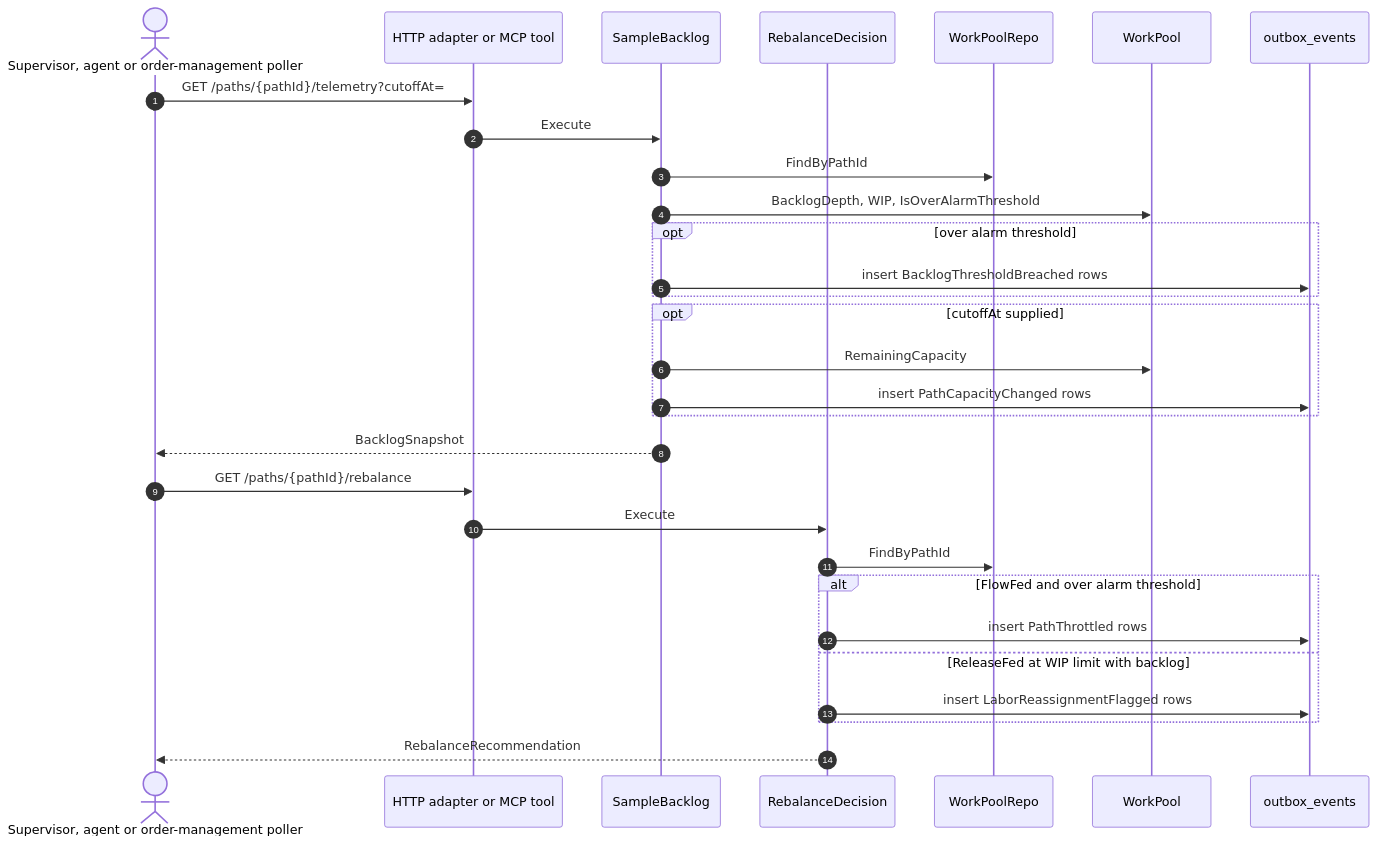
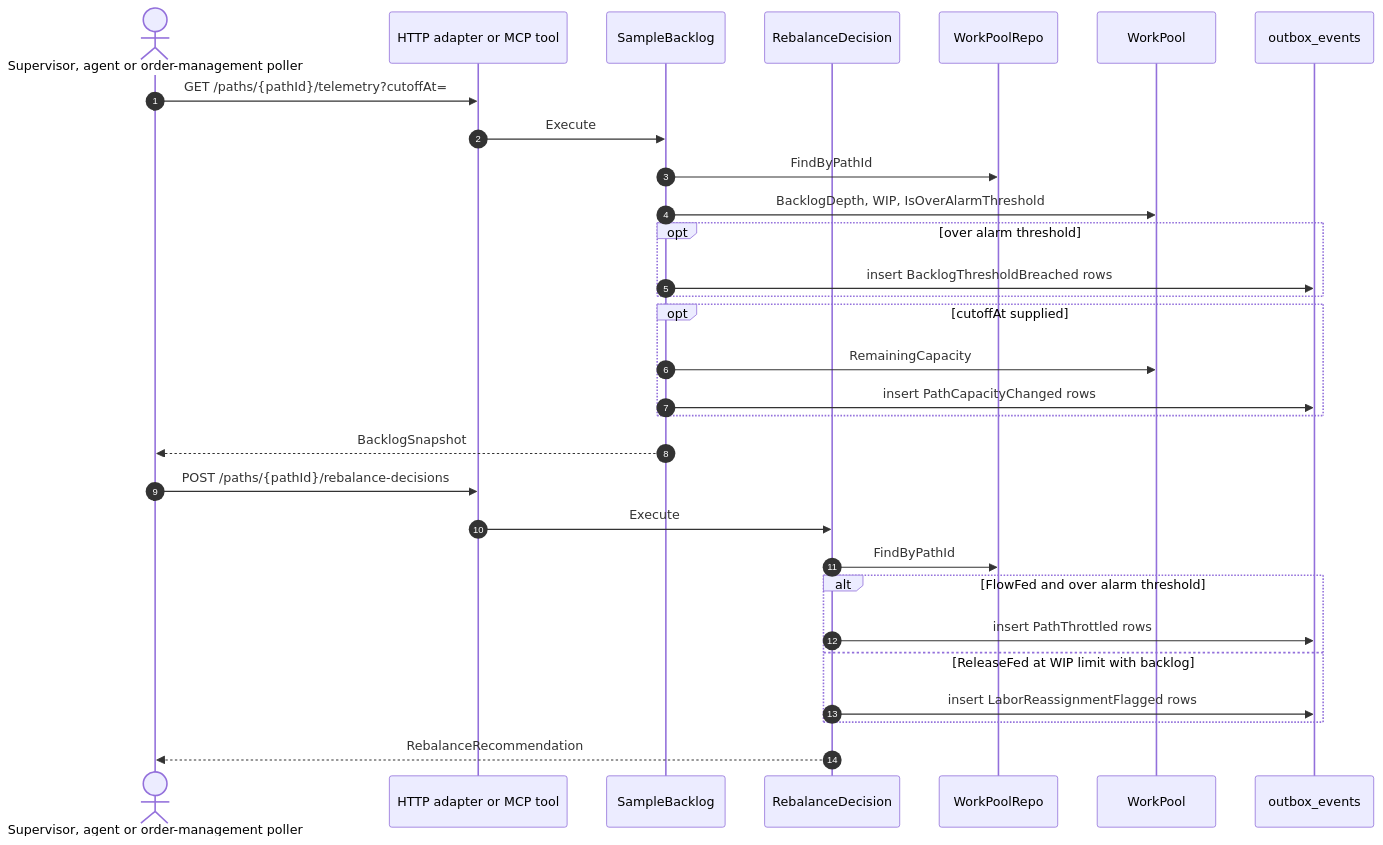
One commit to IQVO/warehouse-docs changed the seventh of 11 diagrams in docs/contexts/wes-work-planning/sequence-diagrams.md. Above: the diagram before and after it, drawn with Mermaid. The commit also changed other lines of this file and 272 other files, not shown here.

````diff
--- a/docs/contexts/wes-work-planning/sequence-diagrams.md
+++ b/docs/contexts/wes-work-planning/sequence-diagrams.md
@@ -334,34 +334,34 @@
 ```mermaid
 sequenceDiagram
     autonumber
     actor Caller as Supervisor, agent or order-management poller
     participant IN as HTTP adapter or MCP tool
     participant SB as SampleBacklog
     participant RD as RebalanceDecision
     participant PoolRepo as WorkPoolRepo
     participant Pool as WorkPool
     participant Outbox as outbox_events
 
     Caller->>IN: GET /paths/{pathId}/telemetry?cutoffAt=
     IN->>SB: Execute
     SB->>PoolRepo: FindByPathId
     SB->>Pool: BacklogDepth, WIP, IsOverAlarmThreshold
     opt over alarm threshold
         SB->>Outbox: insert BacklogThresholdBreached rows
     end
     opt cutoffAt supplied
         SB->>Pool: RemainingCapacity
         SB->>Outbox: insert PathCapacityChanged rows
     end
     SB-->>Caller: BacklogSnapshot
 
-    Caller->>IN: GET /paths/{pathId}/rebalance
+    Caller->>IN: POST /paths/{pathId}/rebalance-decisions
     IN->>RD: Execute
     RD->>PoolRepo: FindByPathId
     alt FlowFed and over alarm threshold
         RD->>Outbox: insert PathThrottled rows
     else ReleaseFed at WIP limit with backlog
         RD->>Outbox: insert LaborReassignmentFlagged rows
     end
     RD-->>Caller: RebalanceRecommendation
 ```
````
